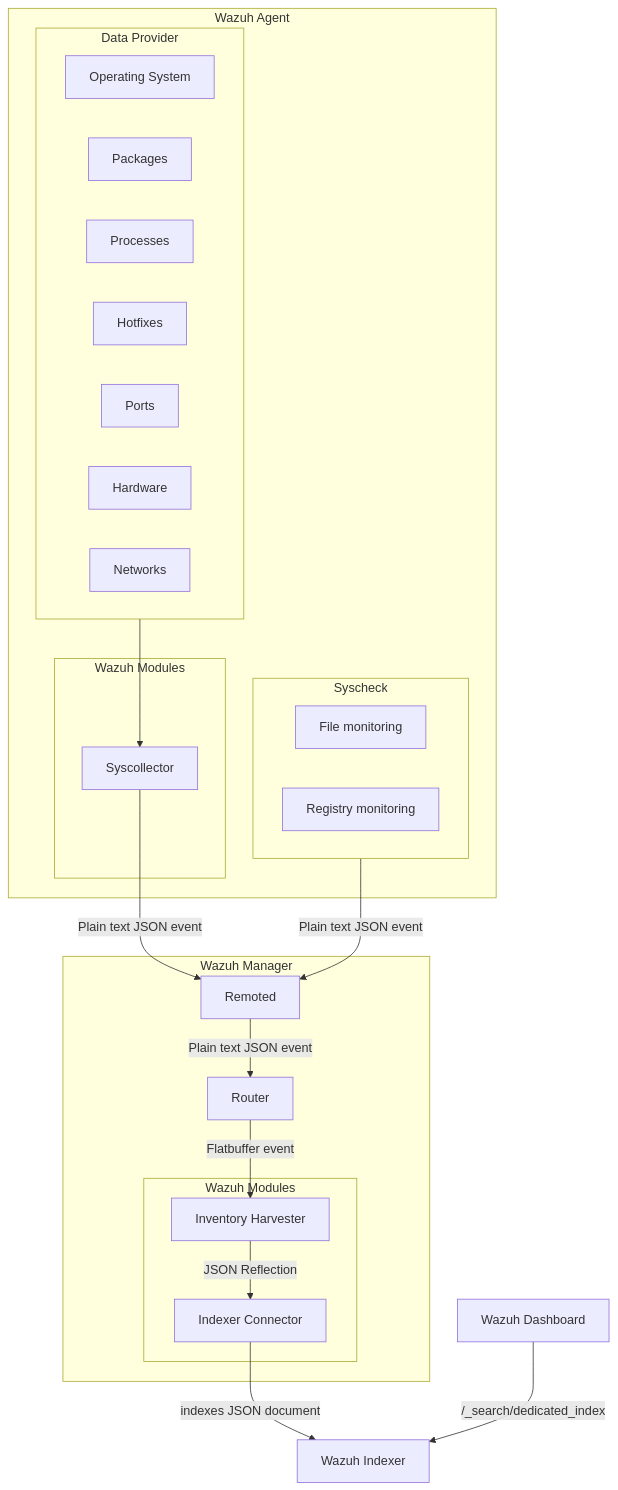
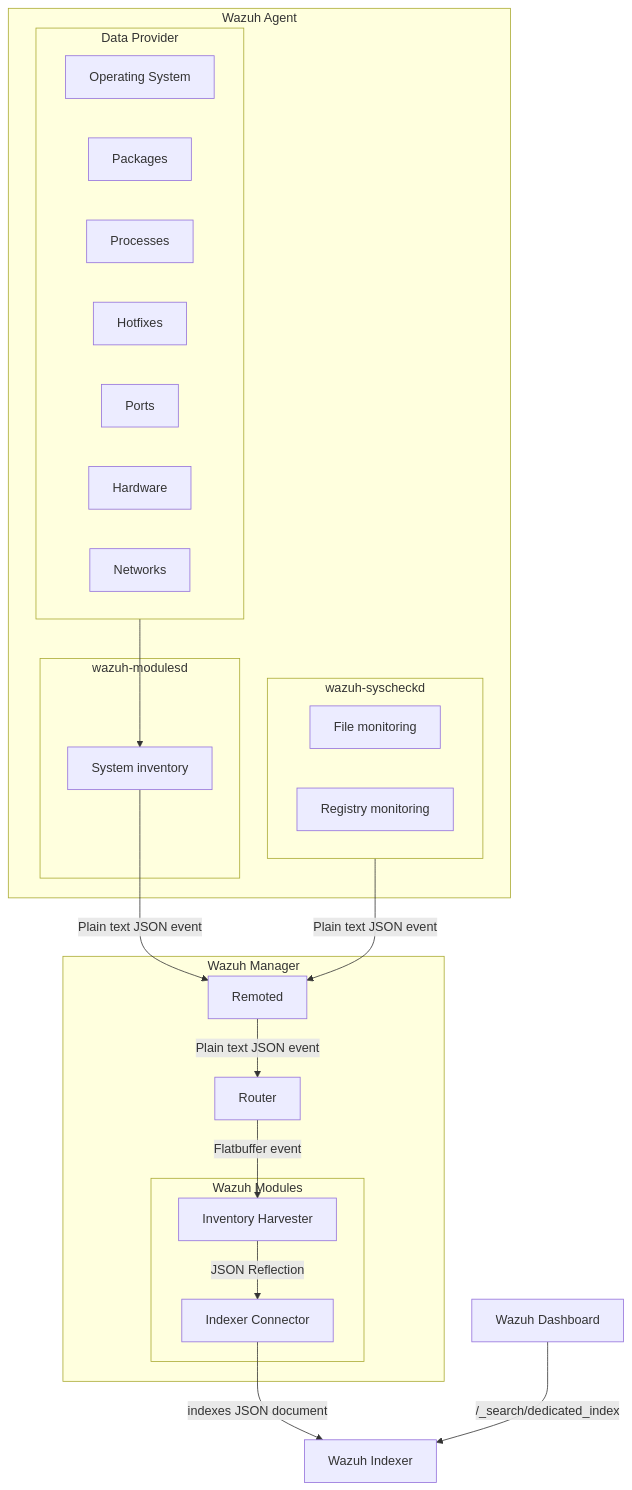
Before and after one commit to wazuh/wazuh: the diagram in docs/ref/modules/inventory-harvester/architecture.md, drawn with Mermaid. The commit also changed other lines of this file and 3 other files, not shown here.

````diff
--- a/docs/ref/modules/inventory-harvester/architecture.md
+++ b/docs/ref/modules/inventory-harvester/architecture.md
@@ -42,39 +42,39 @@
 ```mermaid
 flowchart TD
 
 subgraph WazuhManager["Wazuh Manager"]
   Remoted["Remoted"]
   subgraph WazuhModulesM["Wazuh Modules"]
     InventoryHarvester["Inventory Harvester"]
     IndexerConnector["Indexer Connector"]
     InventoryHarvester -- "JSON Reflection" --> IndexerConnector
   end
   Remoted -- "Plain text JSON event" --> Router
   Router -- "Flatbuffer event" --> InventoryHarvester
 end
 IndexerConnector -- indexes JSON document --> WazuhIndexer
 subgraph WazuhAgent["Wazuh Agent"]
   subgraph Providers["Data Provider"]
     OS["Operating System"]
     Packages["Packages"]
     Processes["Processes"]
     Hotfixes["Hotfixes"]
     Ports["Ports"]
     Hardware["Hardware"]
     Network["Networks"]
   end
-  subgraph WazuhModulesA["Wazuh Modules"]
-    Syscollector["Syscollector"]
+  subgraph WazuhModulesA["wazuh-modulesd"]
+    SystemInventory["System inventory"]
   end
-  subgraph Syscheck["Syscheck"]
+  subgraph Syscheckd["wazuh-syscheckd"]
     FileM["File monitoring"]
     RegistryM["Registry monitoring"]
   end
-  Syscheck -- "Plain text JSON event" --> Remoted
-  Syscollector -- "Plain text JSON event" --> Remoted
+  Syscheckd -- "Plain text JSON event" --> Remoted
+  SystemInventory -- "Plain text JSON event" --> Remoted
 end
-Providers --> Syscollector
+Providers --> SystemInventory
 WazuhIndexer["Wazuh Indexer"]
 WazuhDashboard["Wazuh Dashboard"]
 WazuhDashboard -- /_search/dedicated_index --> WazuhIndexer
 ```
````
